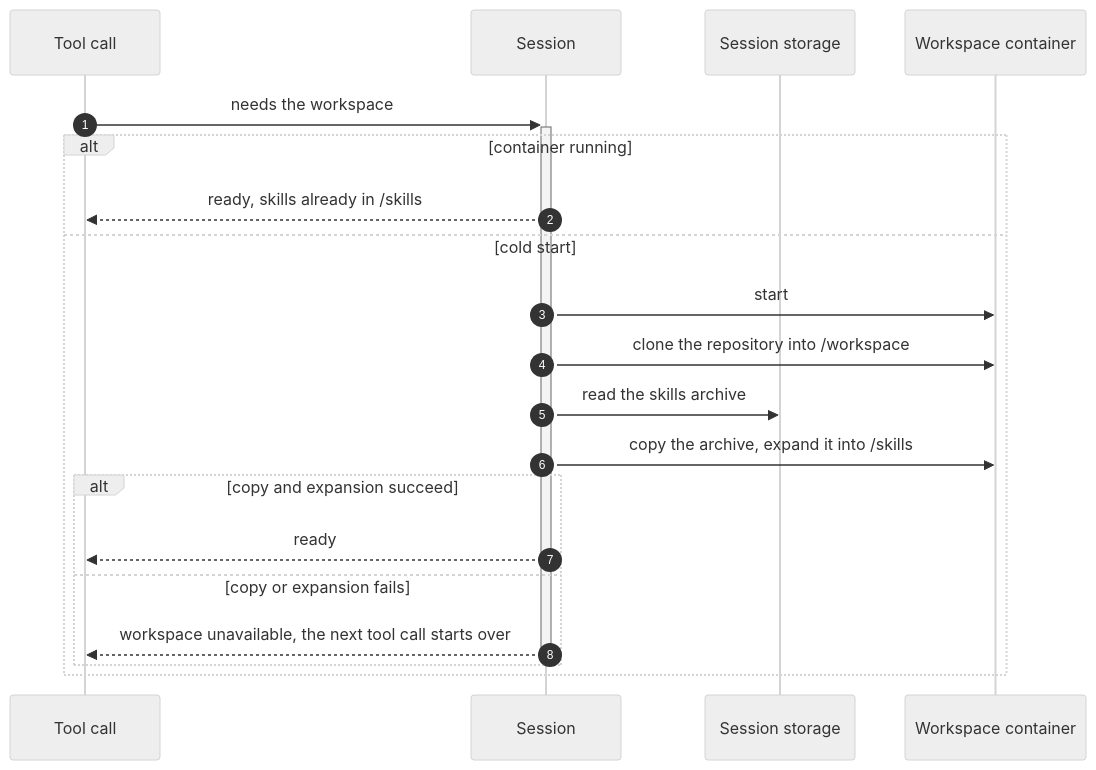
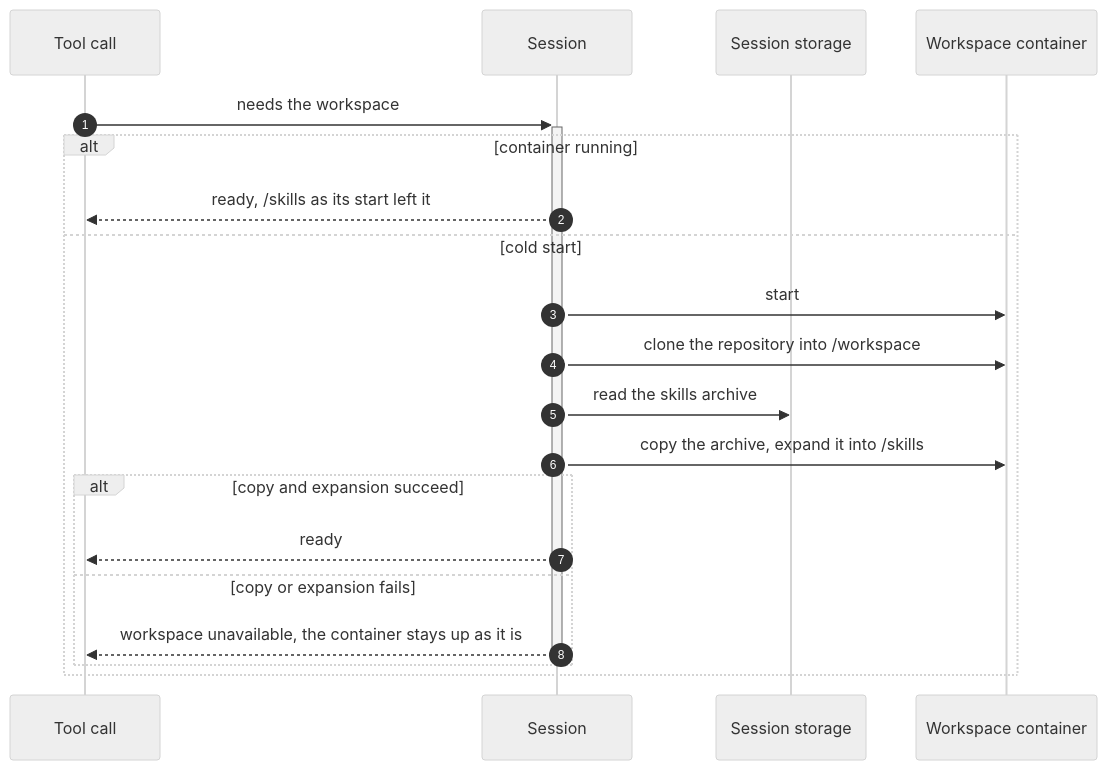
The seventh of 9 diagrams in docs/technical-design/sessions.md (asermax/tentacles), drawn with Mermaid (neutral theme) before and after one commit. The commit also changed other lines of this file and 2 other files, not shown here.

Commit message:
docs(technical-design): describe archive errors, key-value archive storage and failed workspace starts

````diff
--- a/docs/technical-design/sessions.md
+++ b/docs/technical-design/sessions.md
@@ -321,22 +321,22 @@
 ```mermaid
 sequenceDiagram
     autonumber
     participant T as Tool call
     participant S as Session
     participant DB as Session storage
     participant C as Workspace container
     T->>+S: needs the workspace
     alt container running
-        S-->>T: ready, skills already in /skills
+        S-->>T: ready, /skills as its start left it
     else cold start
         S->>C: start
         S->>C: clone the repository into /workspace
         S->>DB: read the skills archive
         S->>C: copy the archive, expand it into /skills
         alt copy and expansion succeed
             S-->>T: ready
         else copy or expansion fails
-            S-->>-T: workspace unavailable, the next tool call starts over
+            S-->>-T: workspace unavailable, the container stays up as it is
         end
     end
 ```
````
